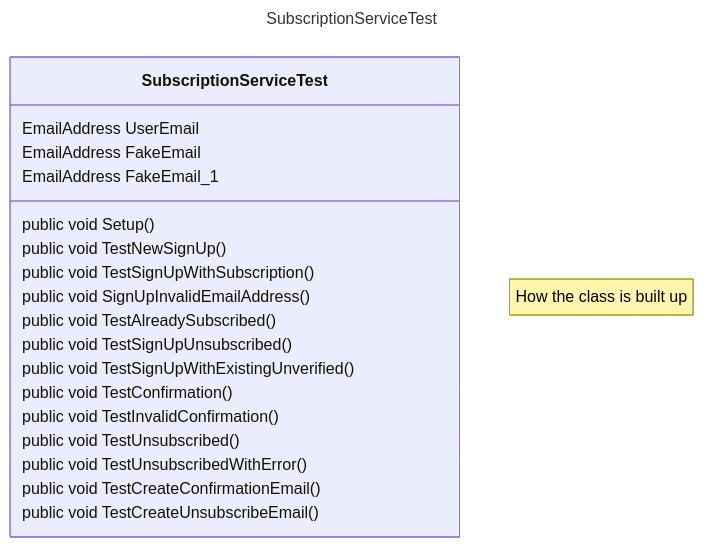
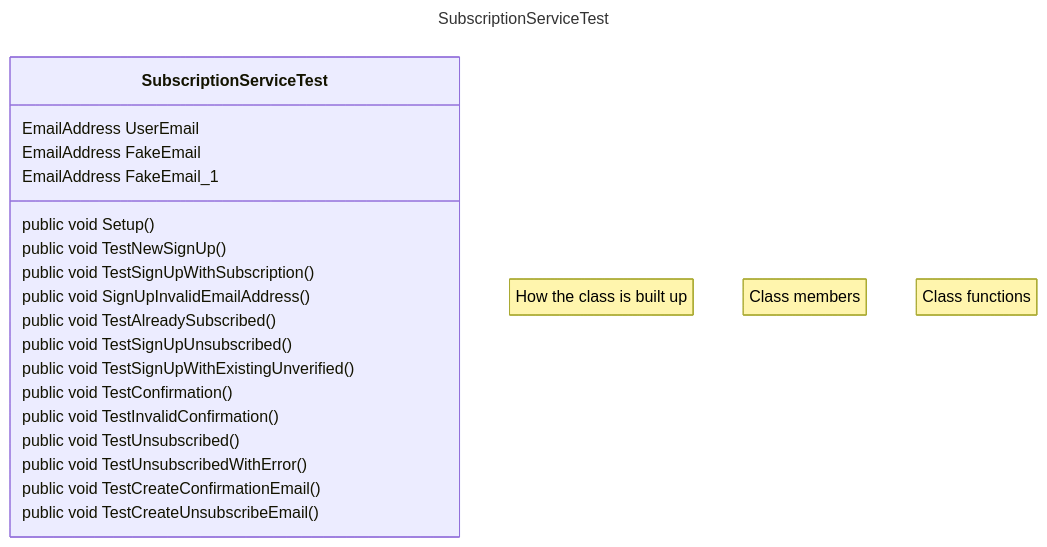
The first of 11 diagrams in model/tests/test.md (Emsaso/GetNews), drawn with Mermaid before and after one commit.

````diff
--- a/model/tests/test.md
+++ b/model/tests/test.md
@@ -5,26 +5,28 @@
 ```mermaid
 ---
 title: SubscriptionServiceTest
 ---
 classDiagram
     note "How the class is built up"
     class SubscriptionServiceTest
+        note "Class members"
         SubscriptionServiceTest: EmailAddress UserEmail
         SubscriptionServiceTest: EmailAddress FakeEmail
         SubscriptionServiceTest: EmailAddress FakeEmail_1
         
+        note "Class functions"
         SubscriptionServiceTest: public void Setup()
         SubscriptionServiceTest: public void TestNewSignUp()
         SubscriptionServiceTest: public void TestSignUpWithSubscription()
         SubscriptionServiceTest: public void SignUpInvalidEmailAddress()
         SubscriptionServiceTest: public void TestAlreadySubscribed()
         SubscriptionServiceTest: public void TestSignUpUnsubscribed()
         SubscriptionServiceTest: public void TestSignUpWithExistingUnverified()
         SubscriptionServiceTest: public void TestConfirmation()
         SubscriptionServiceTest: public void TestInvalidConfirmation()
         SubscriptionServiceTest: public void TestUnsubscribed()
         SubscriptionServiceTest: public void TestUnsubscribedWithError()
 
         SubscriptionServiceTest: public void TestCreateConfirmationEmail()
         SubscriptionServiceTest: public void TestCreateUnsubscribeEmail()
 ```
````
